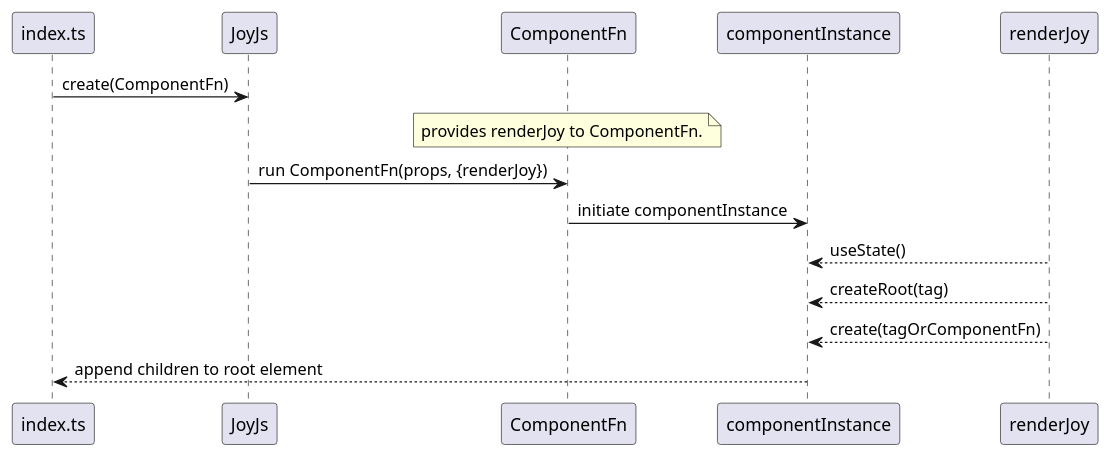
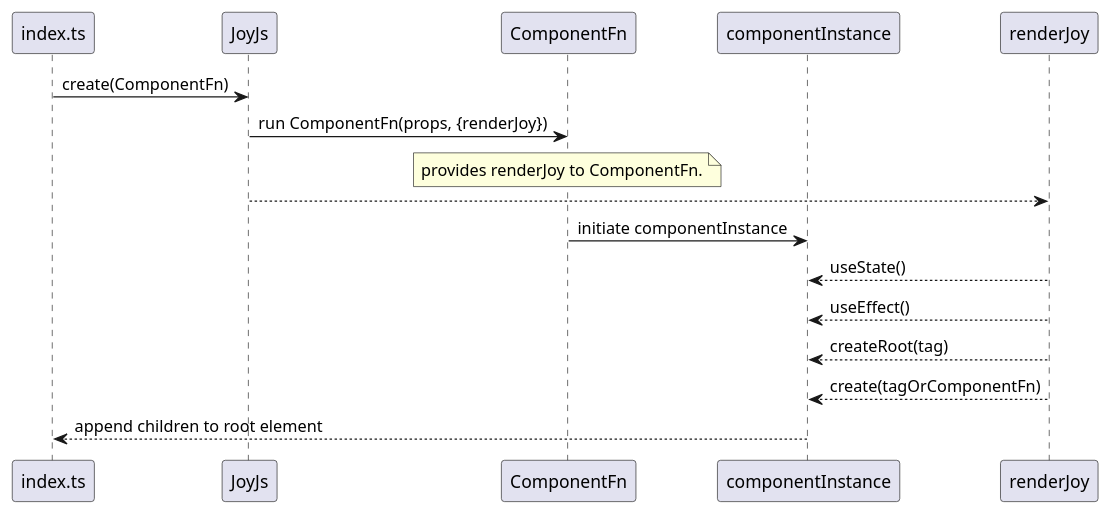
The diagram in src/docs/joy-js.puml (paraslov/joyjs), drawn with PlantUML before and after one commit.

Commit message:
JJS-7 (docs): add joy-js.puml

```diff
--- a/src/docs/joy-js.puml
+++ b/src/docs/joy-js.puml
@@ -1,18 +1,20 @@
 @startuml
 participant index.ts
 participant JoyJs
 participant ComponentFn
 participant componentInstance
 participant renderJoy
 
 
 index.ts -> JoyJs: create(ComponentFn)
+JoyJs -> ComponentFn: run ComponentFn(props, {renderJoy})
 note over ComponentFn: provides renderJoy to ComponentFn.
-JoyJs -> ComponentFn: run ComponentFn(props, {renderJoy})
+JoyJs --> renderJoy
 ComponentFn -> componentInstance: initiate componentInstance
 componentInstance <-- renderJoy: useState()
+componentInstance <-- renderJoy: useEffect()
 componentInstance <-- renderJoy: createRoot(tag)
 componentInstance <-- renderJoy: create(tagOrComponentFn)
 componentInstance --> index.ts: append children to root element
 
 @enduml
```
